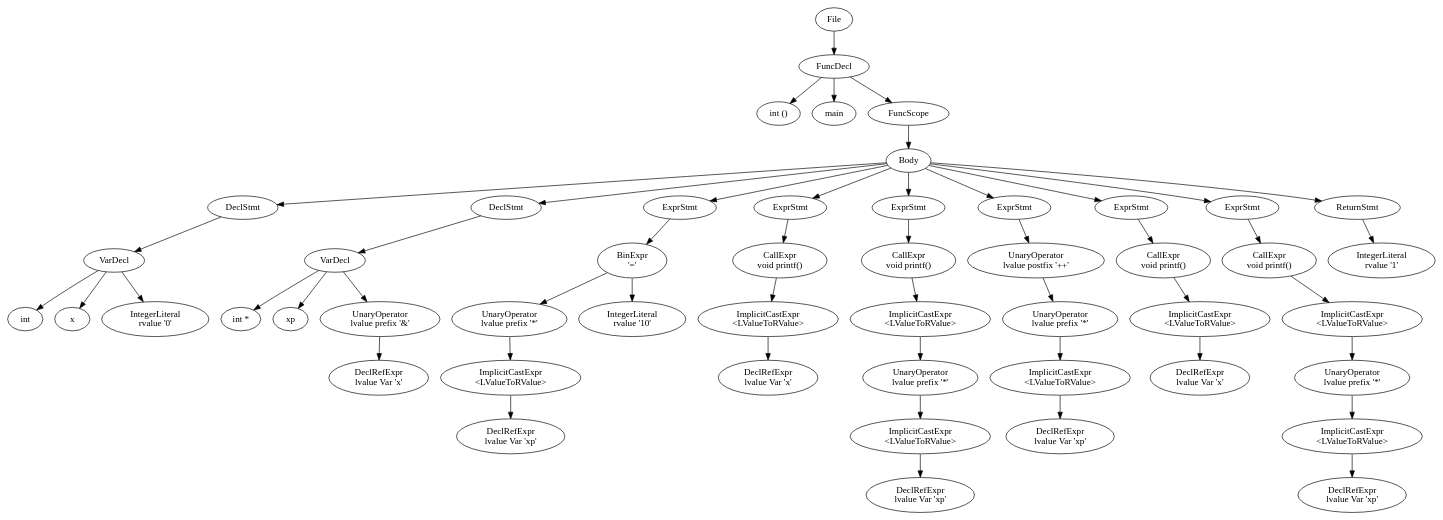
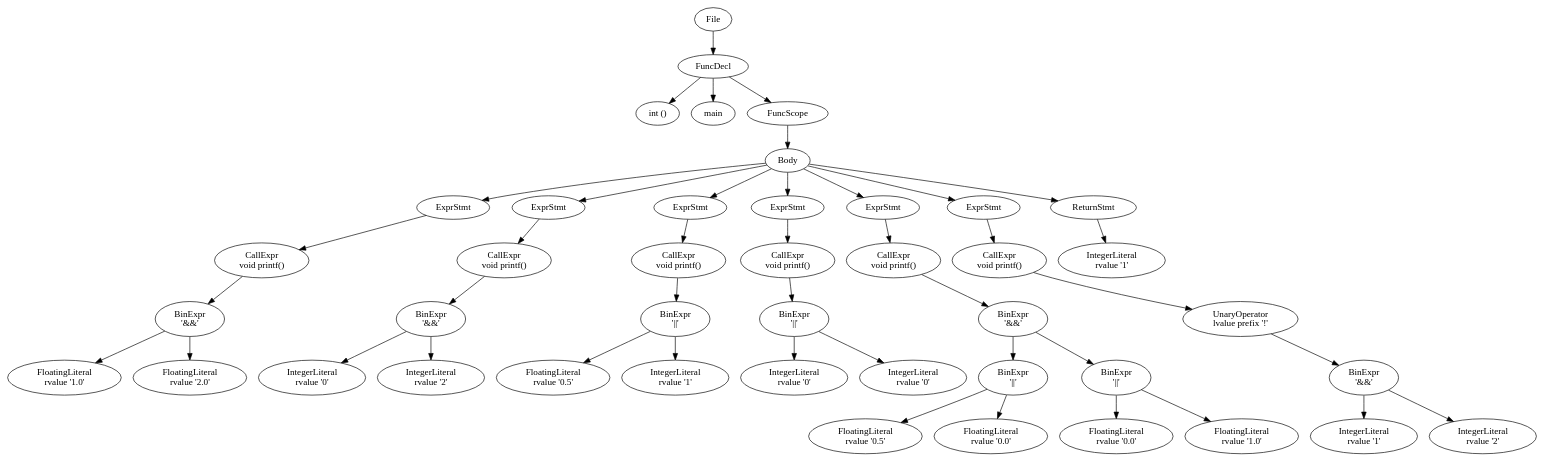
One commit to LarsDeLeeuw/Compilers changed the diagram in src/output.dot. Above: the diagram before and after it, drawn with Graphviz. The commit also changed 2 other files, not shown here.

Commit message:
Refactoring of visitBinExprNode() in LLVM_Generator, full support for BinExpr with ptrs will now be easier to implementen. Also removed my pseudo 'bool' type

```diff
--- a/src/output.dot
+++ b/src/output.dot
@@ -1,129 +1,116 @@
 digraph {n0 [label="File"];
 n1 [label="FuncDecl"];
 n2 [label="int ()"];
 n3 [label="main"];
 n4 [label="FuncScope"];
 n6 [label="Body"];
-n8 [label="DeclStmt"];
-n9 [label="VarDecl"];
-n10 [label="int"];
-n11 [label="x"];
-n12 [label="IntegerLiteral
+n8 [label="ExprStmt"];
+n9 [label="CallExpr
+void printf()"];
+n12 [label="BinExpr
+'&&'"];
+n13 [label="FloatingLiteral
+rvalue '1.0'"];
+n14 [label="FloatingLiteral
+rvalue '2.0'"];
+n15 [label="ExprStmt"];
+n16 [label="CallExpr
+void printf()"];
+n19 [label="BinExpr
+'&&'"];
+n20 [label="IntegerLiteral
 rvalue '0'"];
-n13 [label="DeclStmt"];
-n14 [label="VarDecl"];
-n15 [label="int *"];
-n16 [label="xp"];
-n17 [label="UnaryOperator
-lvalue prefix '&'"];
-n18 [label="DeclRefExpr
-lvalue Var 'x'"];
-n19 [label="ExprStmt"];
-n20 [label="BinExpr
-'='"];
-n21 [label="UnaryOperator
-lvalue prefix '*'"];
-n22 [label="ImplicitCastExpr
-<LValueToRValue>"];
-n23 [label="DeclRefExpr
-lvalue Var 'xp'"];
-n24 [label="IntegerLiteral
-rvalue '10'"];
-n25 [label="ExprStmt"];
-n26 [label="CallExpr
+n21 [label="IntegerLiteral
+rvalue '2'"];
+n22 [label="ExprStmt"];
+n23 [label="CallExpr
 void printf()"];
-n29 [label="ImplicitCastExpr
-<LValueToRValue>"];
-n30 [label="DeclRefExpr
-lvalue Var 'x'"];
-n31 [label="ExprStmt"];
-n32 [label="CallExpr
+n26 [label="BinExpr
+'||'"];
+n27 [label="FloatingLiteral
+rvalue '0.5'"];
+n28 [label="IntegerLiteral
+rvalue '1'"];
+n29 [label="ExprStmt"];
+n30 [label="CallExpr
 void printf()"];
-n35 [label="ImplicitCastExpr
-<LValueToRValue>"];
-n36 [label="UnaryOperator
-lvalue prefix '*'"];
-n37 [label="ImplicitCastExpr
-<LValueToRValue>"];
-n38 [label="DeclRefExpr
-lvalue Var 'xp'"];
-n39 [label="ExprStmt"];
-n40 [label="UnaryOperator
-lvalue postfix '++'"];
-n41 [label="UnaryOperator
-lvalue prefix '*'"];
-n42 [label="ImplicitCastExpr
-<LValueToRValue>"];
-n43 [label="DeclRefExpr
-lvalue Var 'xp'"];
-n44 [label="ExprStmt"];
-n45 [label="CallExpr
+n33 [label="BinExpr
+'||'"];
+n34 [label="IntegerLiteral
+rvalue '0'"];
+n35 [label="IntegerLiteral
+rvalue '0'"];
+n36 [label="ExprStmt"];
+n37 [label="CallExpr
 void printf()"];
-n48 [label="ImplicitCastExpr
-<LValueToRValue>"];
-n49 [label="DeclRefExpr
-lvalue Var 'x'"];
-n50 [label="ExprStmt"];
-n51 [label="CallExpr
+n40 [label="BinExpr
+'&&'"];
+n41 [label="BinExpr
+'||'"];
+n42 [label="FloatingLiteral
+rvalue '0.5'"];
+n43 [label="FloatingLiteral
+rvalue '0.0'"];
+n44 [label="BinExpr
+'||'"];
+n45 [label="FloatingLiteral
+rvalue '0.0'"];
+n46 [label="FloatingLiteral
+rvalue '1.0'"];
+n47 [label="ExprStmt"];
+n48 [label="CallExpr
 void printf()"];
-n54 [label="ImplicitCastExpr
-<LValueToRValue>"];
-n55 [label="UnaryOperator
-lvalue prefix '*'"];
-n56 [label="ImplicitCastExpr
-<LValueToRValue>"];
-n57 [label="DeclRefExpr
-lvalue Var 'xp'"];
-n58 [label="ReturnStmt"];
-n59 [label="IntegerLiteral
+n51 [label="UnaryOperator
+lvalue prefix '!'"];
+n52 [label="BinExpr
+'&&'"];
+n53 [label="IntegerLiteral
+rvalue '1'"];
+n54 [label="IntegerLiteral
+rvalue '2'"];
+n55 [label="ReturnStmt"];
+n56 [label="IntegerLiteral
 rvalue '1'"];
 n0 -> n1
 n1 -> n2
 n1 -> n3
 n1 -> n4
 n4 -> n6
 n6 -> n8
 n8 -> n9
-n9 -> n10
-n9 -> n11
 n9 -> n12
-n6 -> n13
-n13 -> n14
-n14 -> n15
-n14 -> n16
-n14 -> n17
-n17 -> n18
-n6 -> n19
+n12 -> n13
+n12 -> n14
+n6 -> n15
+n15 -> n16
+n16 -> n19
 n19 -> n20
-n20 -> n21
-n21 -> n22
+n19 -> n21
+n6 -> n22
 n22 -> n23
-n20 -> n24
-n6 -> n25
-n25 -> n26
-n26 -> n29
+n23 -> n26
+n26 -> n27
+n26 -> n28
+n6 -> n29
 n29 -> n30
-n6 -> n31
-n31 -> n32
-n32 -> n35
-n35 -> n36
+n30 -> n33
+n33 -> n34
+n33 -> n35
+n6 -> n36
 n36 -> n37
-n37 -> n38
-n6 -> n39
-n39 -> n40
+n37 -> n40
 n40 -> n41
 n41 -> n42
-n42 -> n43
-n6 -> n44
+n41 -> n43
+n40 -> n44
 n44 -> n45
-n45 -> n48
-n48 -> n49
-n6 -> n50
-n50 -> n51
-n51 -> n54
-n54 -> n55
+n44 -> n46
+n6 -> n47
+n47 -> n48
+n48 -> n51
+n51 -> n52
+n52 -> n53
+n52 -> n54
+n6 -> n55
 n55 -> n56
-n56 -> n57
-n6 -> n58
-n58 -> n59
 }
```
